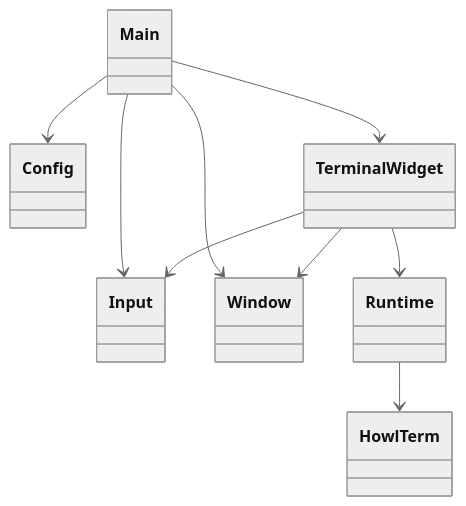
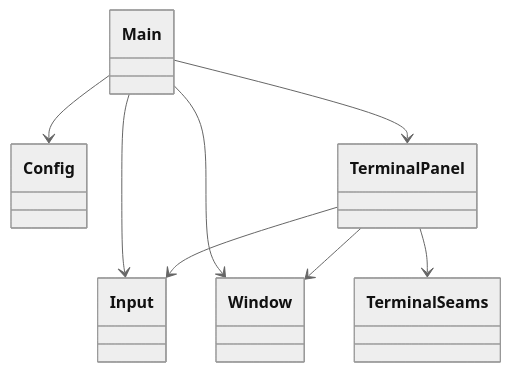
Before and after one commit to LaurenceGuws/howl-linux-host: the first of 3 diagrams in design.md, drawn with Mermaid (neutral theme). The commit also changed other lines of this file and 16 other files, not shown here.

Commit message:
host: fold terminal panel into seam owners

````diff
--- a/design.md
+++ b/design.md
@@ -24,19 +24,17 @@
 ```mermaid
 classDiagram
     class Main
     class Config
     class Input
     class Window
-    class TerminalWidget
-    class Runtime
-    class HowlTerm
+    class TerminalPanel
+    class TerminalSeams
 
     Main --> Config
     Main --> Input
     Main --> Window
-    Main --> TerminalWidget
-    TerminalWidget --> Input
-    TerminalWidget --> Window
-    TerminalWidget --> Runtime
-    Runtime --> HowlTerm
+    Main --> TerminalPanel
+    TerminalPanel --> Input
+    TerminalPanel --> Window
+    TerminalPanel --> TerminalSeams
 ```
````
